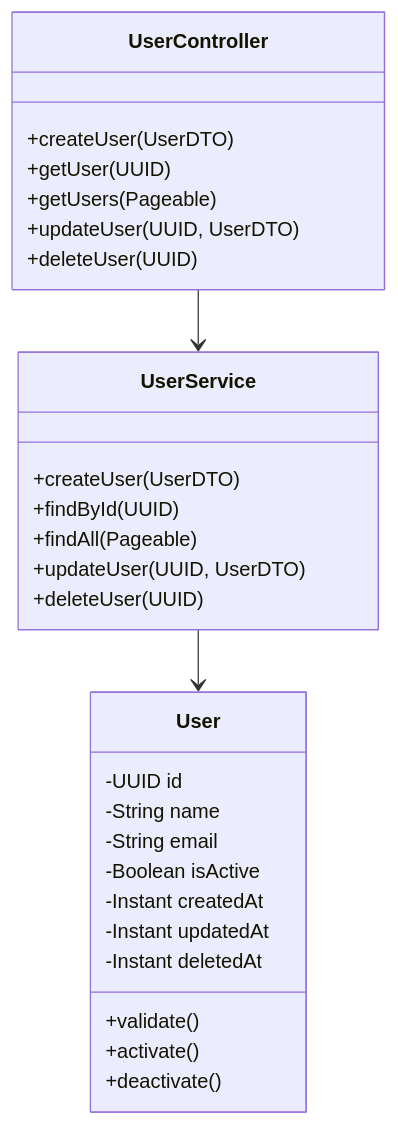
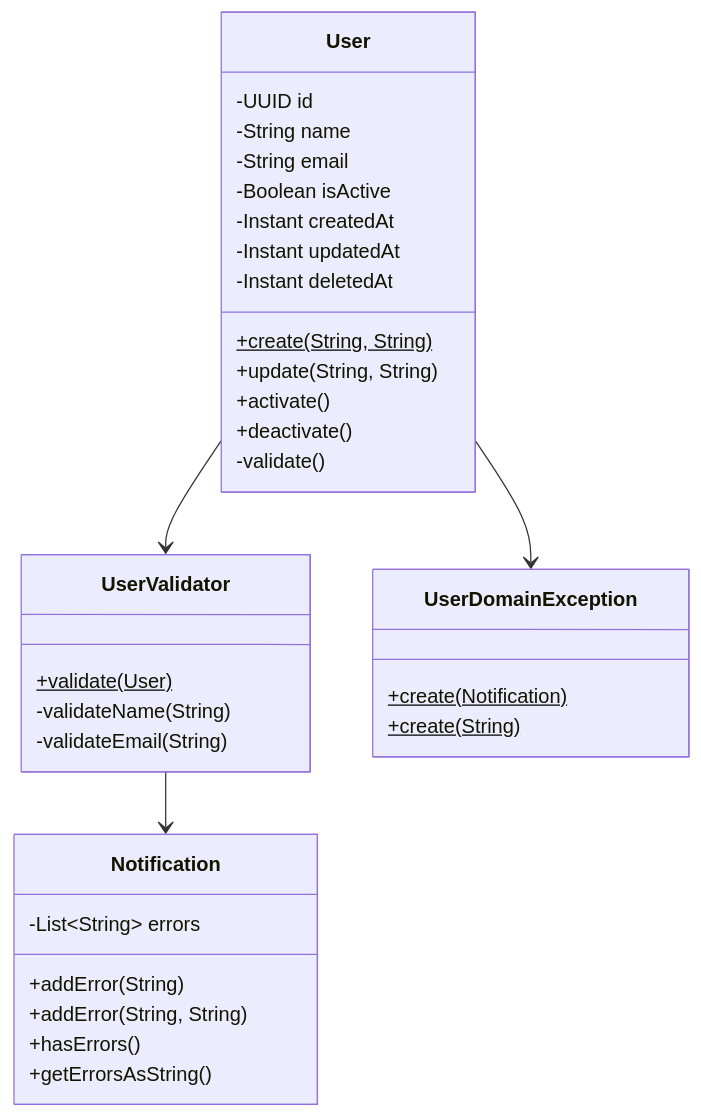
The third of 4 diagrams in README.md (AlexCajeFelix/GRUPO-BUSINESS-BRASIL), drawn with Mermaid before and after one commit. The commit also changed other lines of this file, not shown here.

````diff
--- a/README.md
+++ b/README.md
@@ -397,34 +597,40 @@
 ```mermaid
 classDiagram
     class User {
         -UUID id
         -String name
         -String email
         -Boolean isActive
         -Instant createdAt
         -Instant updatedAt
         -Instant deletedAt
-        +validate()
+        +create(String, String)$
+        +update(String, String)
         +activate()
         +deactivate()
+        -validate()
     }
     
-    class UserService {
-        +createUser(UserDTO)
-        +findById(UUID)
-        +findAll(Pageable)
-        +updateUser(UUID, UserDTO)
-        +deleteUser(UUID)
+    class UserValidator {
+        +validate(User)$
+        -validateName(String)
+        -validateEmail(String)
     }
     
-    class UserController {
-        +createUser(UserDTO)
-        +getUser(UUID)
-        +getUsers(Pageable)
-        +updateUser(UUID, UserDTO)
-        +deleteUser(UUID)
+    class Notification {
+        -List~String~ errors
+        +addError(String)
+        +addError(String, String)
+        +hasErrors()
+        +getErrorsAsString()
     }
     
-    UserService --> User
-    UserController --> UserService
+    class UserDomainException {
+        +create(Notification)$
+        +create(String)$
+    }
+    
+    User --> UserValidator
+    UserValidator --> Notification
+    User --> UserDomainException
 ```
````
